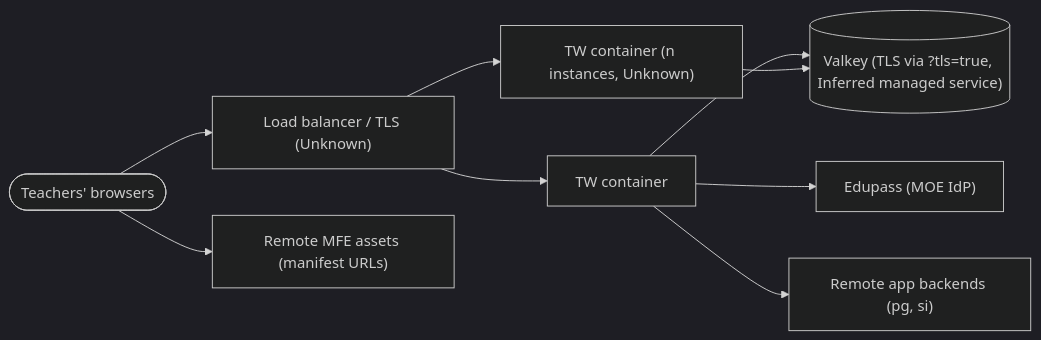
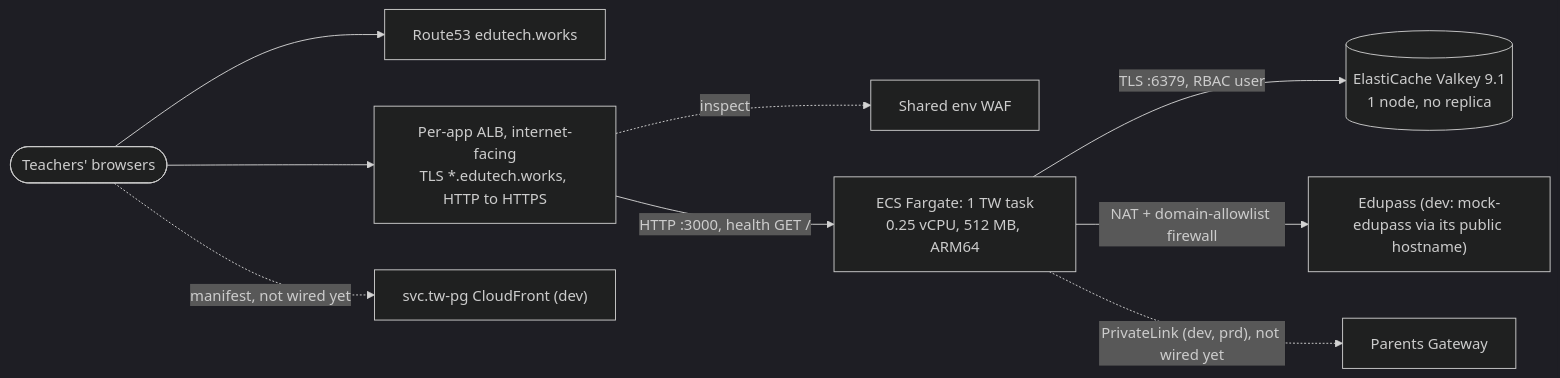
Before and after one commit to fatin-suhaimi/teacher-workspace: the fourth of 4 diagrams in docs/engineering-onboarding/08-infrastructure-and-operations.md, drawn with Mermaid (dark theme). The commit also changed other lines of this file and 8 other files, not shown here.

````diff
--- a/docs/engineering-onboarding/08-infrastructure-and-operations.md
+++ b/docs/engineering-onboarding/08-infrastructure-and-operations.md
@@ -106,11 +108,11 @@
 ```mermaid
 flowchart LR
-    U(["Teachers' browsers"]) --> LB["Load balancer / TLS (Unknown)"]
-    LB --> TW1["TW container"]
-    LB --> TW2["TW container (n instances, Unknown)"]
-    TW1 --> VK[("Valkey (TLS via ?tls=true, Inferred managed service)")]
-    TW2 --> VK
-    TW1 --> EP["Edupass (MOE IdP)"]
-    TW1 --> RB["Remote app backends (pg, si)"]
-    U --> MFE["Remote MFE assets (manifest URLs)"]
+    U(["Teachers' browsers"]) --> DNS["Route53 edutech.works"]
+    U --> ALB["Per-app ALB, internet-facing<br/>TLS *.edutech.works, HTTP to HTTPS"]
+    ALB -. "inspect" .-> WAF["Shared env WAF"]
+    ALB -- "HTTP :3000, health GET /" --> TW["ECS Fargate: 1 TW task<br/>0.25 vCPU, 512 MB, ARM64"]
+    TW -- "TLS :6379, RBAC user" --> VK[("ElastiCache Valkey 9.1<br/>1 node, no replica")]
+    TW -- "NAT + domain-allowlist firewall" --> EP["Edupass (dev: mock-edupass via its public hostname)"]
+    TW -. "PrivateLink (dev, prd), not wired yet" .-> PG["Parents Gateway"]
+    U -. "manifest, not wired yet" .-> MFE["svc.tw-pg CloudFront (dev)"]
 ```
````
